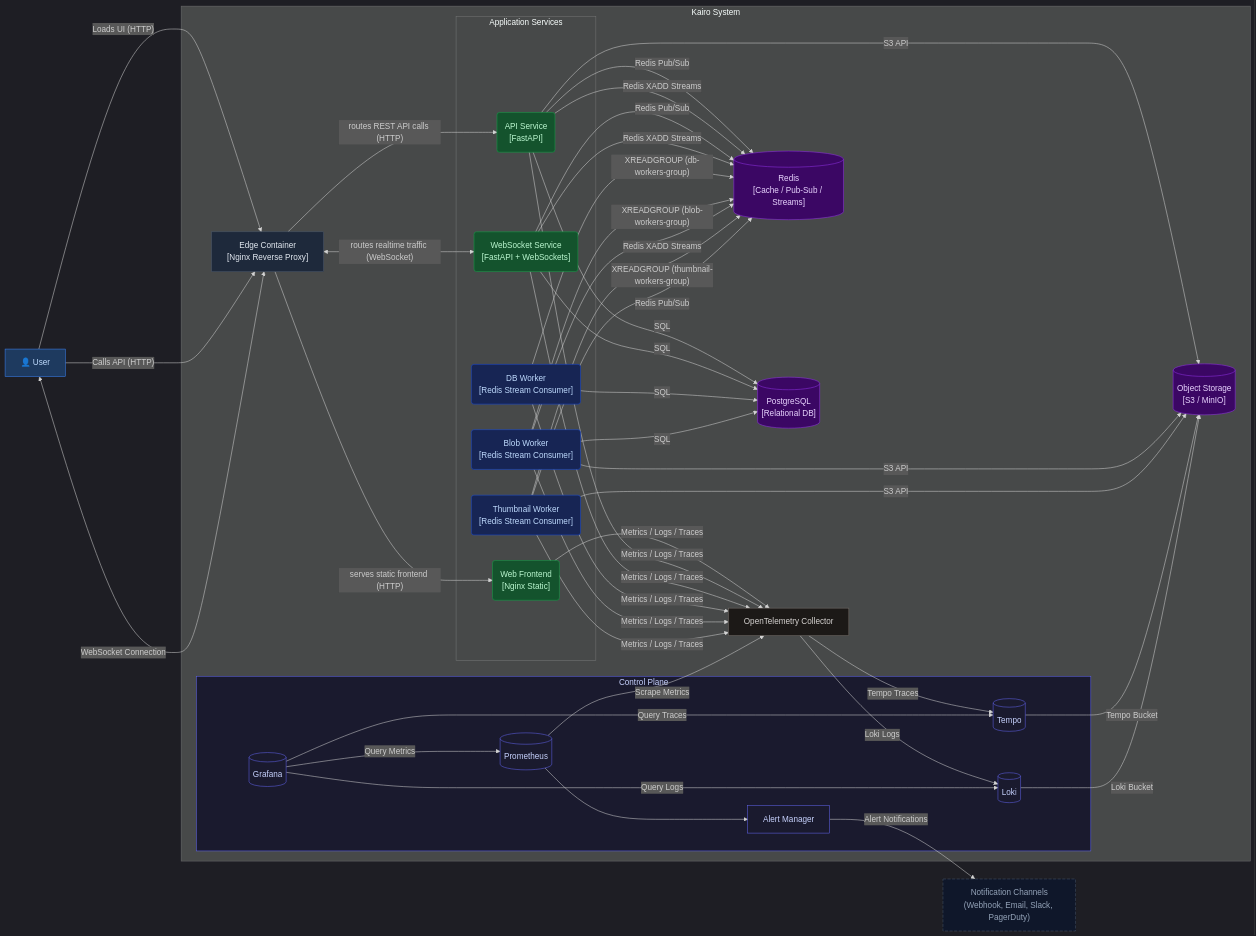
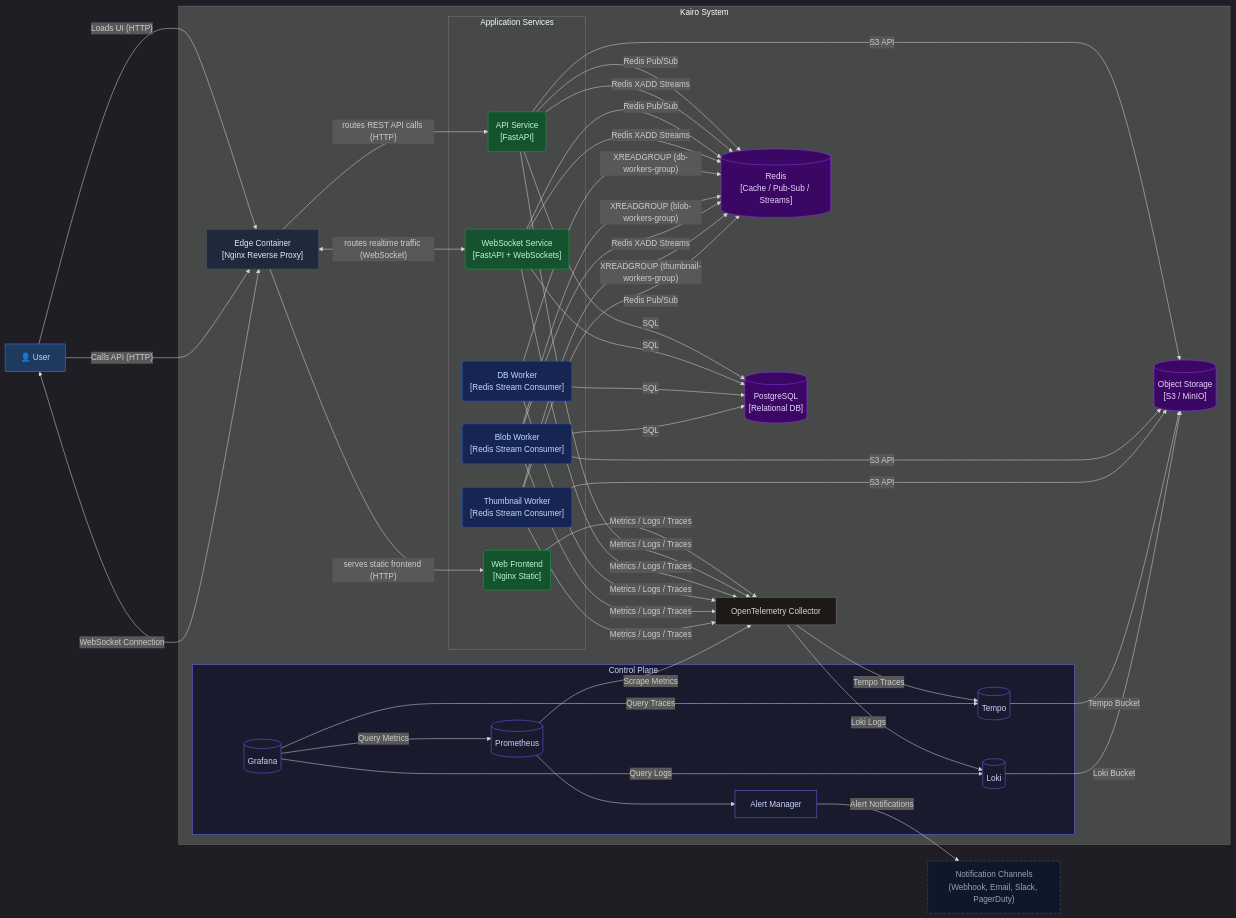
The diagram in docs/architecture/c4/2-containers.mmd (aaron-fredrick/kairo), drawn with Mermaid before and after one commit. The commit also changed 18 other files, not shown here.

Commit message:
docs(architecture): Standardize C4 mermaid themes, add deployment diagram, and rewrite code diagrams as UML class diagrams

```diff
--- a/docs/architecture/c4/2-containers.mmd
+++ b/docs/architecture/c4/2-containers.mmd
@@ -1,108 +1,108 @@
 %%{init: {
   "theme": "dark",
   "flowchart": {
-    "nodeSpacing": 50,
-    "rankSpacing": 60
+    "nodeSpacing": 45,
+    "rankSpacing": 55
   }
 }}%%
 
 flowchart LR
 
     %% Actors (outside system boundary)
     User["👤 User"]
 
     %% System boundary
     subgraph Kairo["Kairo System"]
 
         Edge["Edge Container<br/>[Nginx Reverse Proxy]"]
 
         subgraph Apps["Application Services"]
             Web("Web Frontend<br/>[Nginx Static]")
             API("API Service<br/>[FastAPI]")
             WS("WebSocket Service<br/>[FastAPI + WebSockets]")
 
             DB_Worker("DB Worker<br/>[Redis Stream Consumer]")
             Blob_Worker("Blob Worker<br/>[Redis Stream Consumer]")
             Thumb_Worker("Thumbnail Worker<br/>[Redis Stream Consumer]")
         end
 
         Redis[("Redis<br/>[Cache / Pub-Sub / Streams]")]
         Postgres[("PostgreSQL<br/>[Relational DB]")]
         Storage[("Object Storage<br/>[S3 / MinIO]")]
 
         OTEL["OpenTelemetry Collector"]
 
         subgraph CP["Control Plane"]
             Prometheus[("Prometheus")]
             Grafana[("Grafana")]
             Loki[("Loki")]
             Tempo[("Tempo")]
             AM["Alert Manager"]
         end
     end
 
     User -->|"Loads UI (HTTP)"| Edge
     User -->|"Calls API (HTTP)"| Edge
     User <-->|"WebSocket Connection"| Edge
 
     Edge -->|"serves static frontend (HTTP)"| Web
     Edge -->|"routes REST API calls (HTTP)"| API
     Edge <-->|"routes realtime traffic (WebSocket)"| WS
 
     API -->|SQL| Postgres
     API -->|"Redis Pub/Sub"| Redis
     API -->|"Redis XADD Streams"| Redis
     API -->|"S3 API"| Storage
 
     WS -->|"Redis Pub/Sub"| Redis
     WS -->|"Redis XADD Streams"| Redis
     WS -->|SQL| Postgres
 
     DB_Worker -->|SQL| Postgres
     DB_Worker -->|"XREADGROUP (db-workers-group)"| Redis
 
     Blob_Worker -->|"XREADGROUP (blob-workers-group)"| Redis
     Blob_Worker -->|"Redis XADD Streams"| Redis
     Blob_Worker -->|"S3 API"| Storage
     Blob_Worker -->|SQL| Postgres
 
     Thumb_Worker -->|"XREADGROUP (thumbnail-workers-group)"| Redis
     Thumb_Worker -->|"Redis Pub/Sub"| Redis
     Thumb_Worker -->|"S3 API"| Storage
 
     %% Control Plane – telemetry
     Web & API & WS & DB_Worker & Blob_Worker & Thumb_Worker -->|"Metrics / Logs / Traces"| OTEL
 
     Prometheus -->|"Scrape Metrics"| OTEL
     OTEL -->|"Tempo Traces"| Tempo
     OTEL -->|"Loki Logs"| Loki
 
     Grafana -->|"Query Metrics"| Prometheus
     Grafana -->|"Query Logs"| Loki
     Grafana -->|"Query Traces"| Tempo
 
     Tempo -->|"Tempo Bucket"| Storage
     Loki -->|"Loki Bucket"| Storage
 
     Prometheus --> AM
     AM -->|"Alert Notifications"| NC["Notification Channels<br/>(Webhook, Email, Slack, PagerDuty)"]
 
     %% ── Styles ───────────────────────────────────────────────────────────────
     classDef person     fill:#1e3a5f,stroke:#3b82f6,color:#bfdbfe
     classDef edgelayer  fill:#1e293b,stroke:#475569,color:#e2e8f0
     classDef appsvc     fill:#14532d,stroke:#16a34a,color:#bbf7d0
     classDef worker     fill:#172554,stroke:#1d4ed8,color:#bfdbfe
     classDef datastore  fill:#3b0764,stroke:#9333ea,color:#e9d5ff
     classDef observ     fill:#1c1917,stroke:#78716c,color:#d6d3d1
     classDef ctrlplane  fill:#1a1a2e,stroke:#6366f1,color:#c7d2fe
     classDef external   fill:#0f172a,stroke:#475569,color:#94a3b8,stroke-dasharray:6 3
 
     class User person
     class Edge edgelayer
     class Web,API appsvc
     class WS appsvc
     class DB_Worker,Blob_Worker,Thumb_Worker worker
     class Redis,Postgres,Storage datastore
     class OTEL observ
     class CP,Prometheus,Grafana,Loki,Tempo,AM ctrlplane
     class NC external
```
